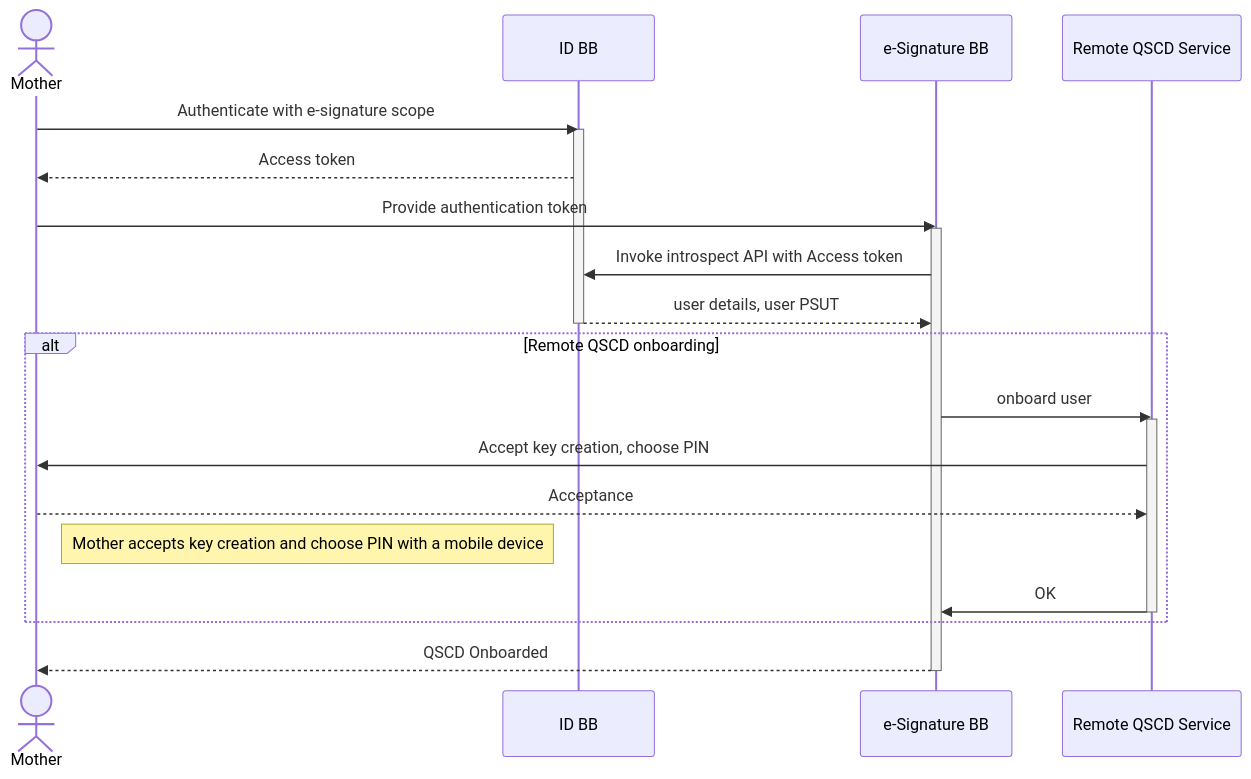
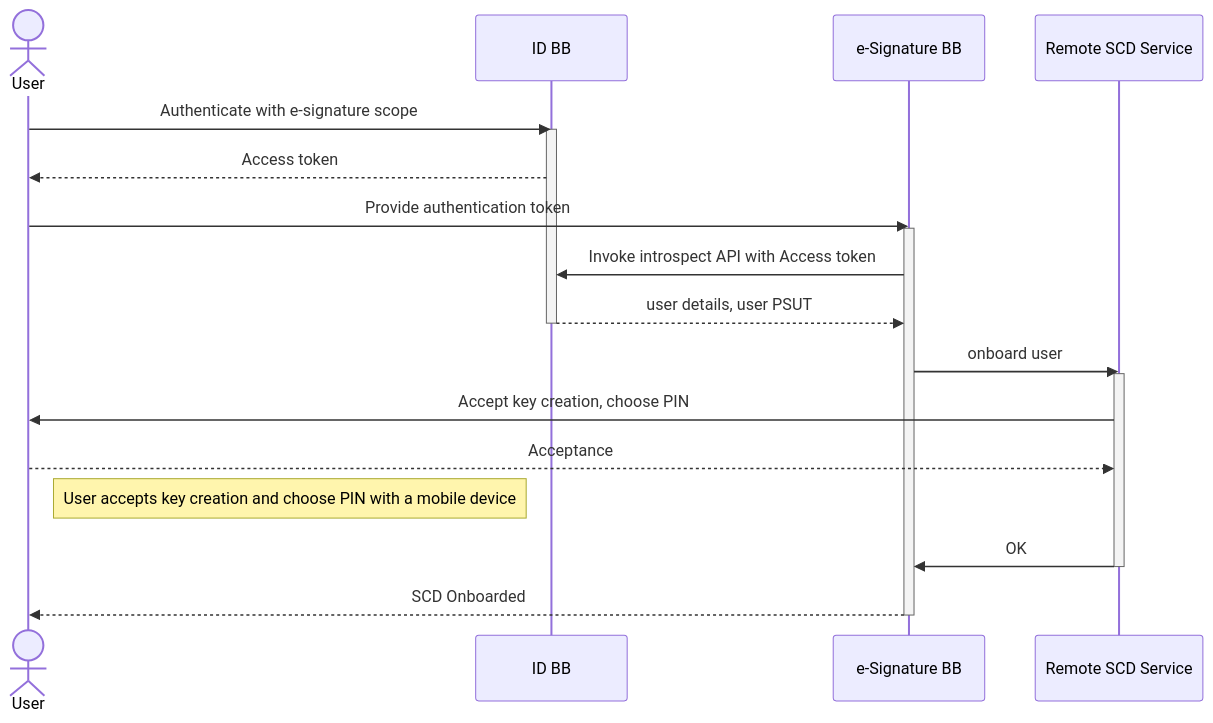
One commit to GovStackWorkingGroup/bb-esignature changed the second of 3 diagrams in spec/9-workflows.md. Above: the diagram before and after it, drawn with Mermaid. The commit also changed other lines of this file, not shown here.

````diff
--- a/spec/9-workflows.md
+++ b/spec/9-workflows.md
@@ -75,24 +75,22 @@
 ```mermaid
 sequenceDiagram
-    actor Mother
-    Mother->>ID BB: Authenticate with e-signature scope
+    actor User
+    User->>ID BB: Authenticate with e-signature scope
     activate ID BB
-    ID BB-->>Mother: Access token
-    Mother->>e-Signature BB: Provide authentication token
+    ID BB-->>User: Access token
+    User->>e-Signature BB: Provide authentication token
     activate e-Signature BB
     e-Signature BB->>ID BB: Invoke introspect API with Access token
     ID BB-->>e-Signature BB: user details, user PSUT
     deactivate ID BB
-    alt Remote QSCD onboarding
-    e-Signature BB->>Remote QSCD Service: onboard user
-    activate Remote QSCD Service
-    Remote QSCD Service->>Mother: Accept key creation, choose PIN
-    Mother-->>Remote QSCD Service: Acceptance
-    Note right of Mother: Mother accepts key creation and choose PIN with a mobile device
-    Remote QSCD Service->>e-Signature BB: OK
-    deactivate Remote QSCD Service
-    end
-    e-Signature BB-->>Mother: QSCD Onboarded
+    e-Signature BB->>Remote SCD Service: onboard user
+    activate Remote SCD Service
+    Remote SCD Service->>User: Accept key creation, choose PIN
+    User-->>Remote SCD Service: Acceptance
+    Note right of User: User accepts key creation and choose PIN with a mobile device
+    Remote SCD Service->>e-Signature BB: OK
+    deactivate Remote SCD Service
+    e-Signature BB-->>User: SCD Onboarded
     deactivate e-Signature BB
 
 ```
````
